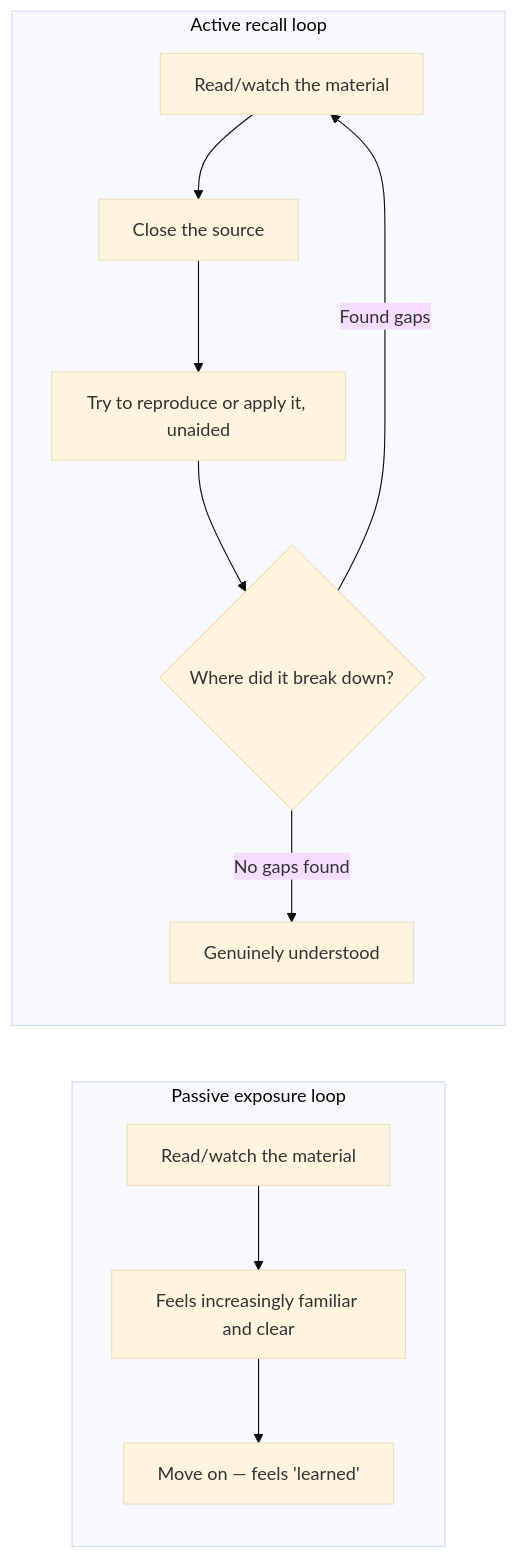
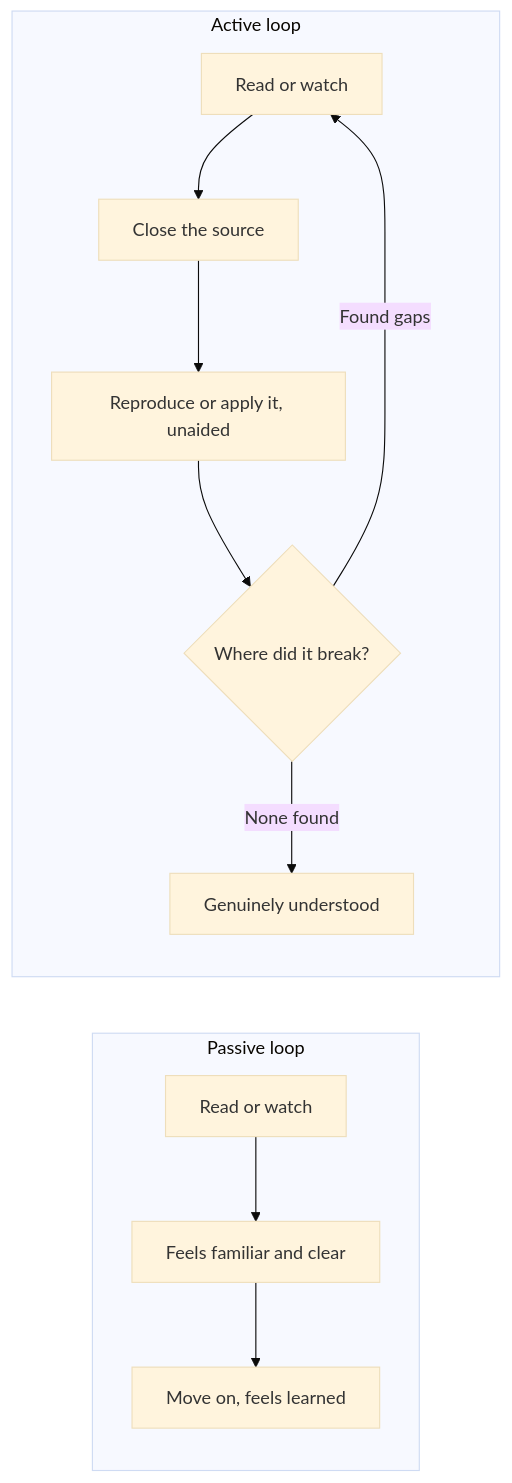
The first of 2 diagrams in src/content/learning-craft/exposure-understanding/L2-concept.mdx (francoandreDev/knowledge), drawn with Mermaid (base theme) before and after one commit. The commit also changed other lines of this file and 3 other files, not shown here.

````diff
--- a/src/content/learning-craft/exposure-understanding/L2-concept.mdx
+++ b/src/content/learning-craft/exposure-understanding/L2-concept.mdx
@@ -28,14 +42,14 @@
 ```mermaid
 flowchart LR
-    subgraph Passive["Passive exposure loop"]
-        Read["Read/watch the material"] --> Feel["Feels increasingly familiar and clear"]
-        Feel --> Stop["Move on — feels 'learned'"]
+    subgraph Passive["Passive loop"]
+        R1["Read or watch"] --> F1["Feels familiar and clear"]
+        F1 --> S1["Move on, feels learned"]
     end
-    subgraph Active["Active recall loop"]
-        Read2["Read/watch the material"] --> Close["Close the source"]
-        Close --> Reproduce["Try to reproduce or apply it, unaided"]
-        Reproduce --> Gap{"Where did it break down?"}
-        Gap -- "Found gaps" --> Read2
-        Gap -- "No gaps found" --> Real["Genuinely understood"]
+    subgraph Active["Active loop"]
+        R2["Read or watch"] --> C2["Close the source"]
+        C2 --> P2["Reproduce or apply it, unaided"]
+        P2 --> G2{"Where did it break?"}
+        G2 -- "Found gaps" --> R2
+        G2 -- "None found" --> U2["Genuinely understood"]
     end
 ```
````
